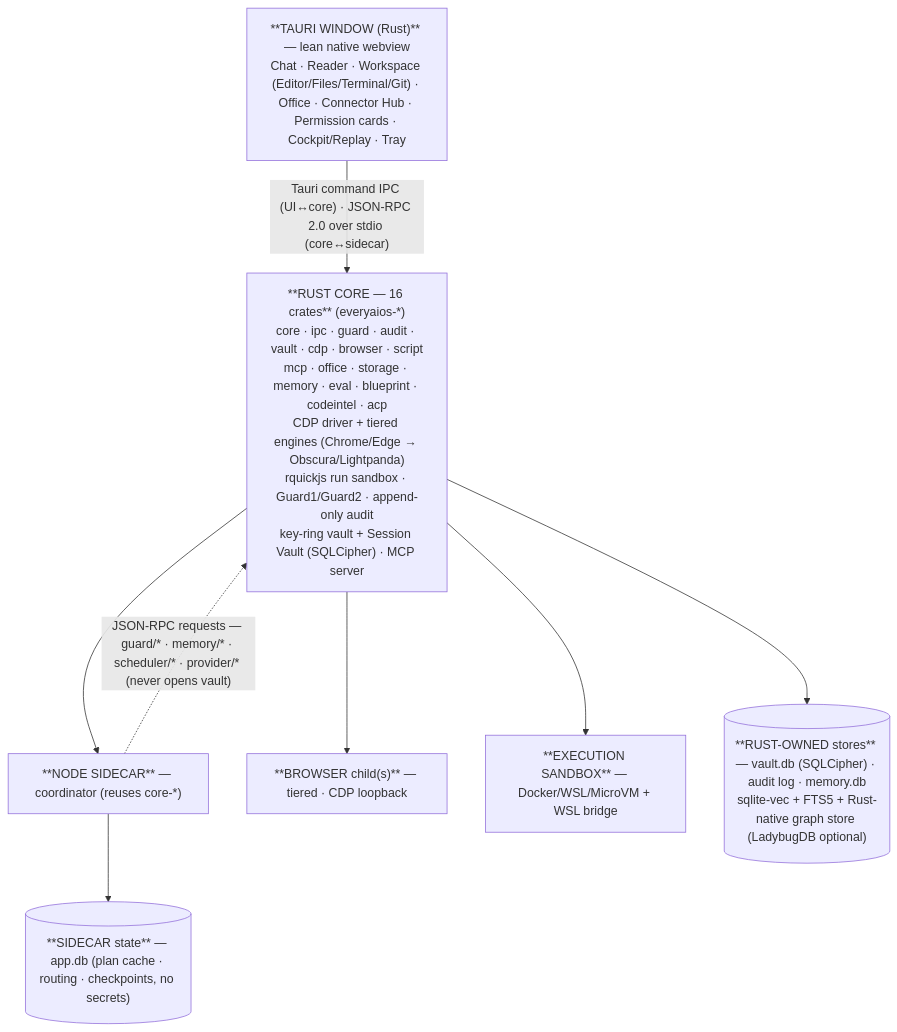
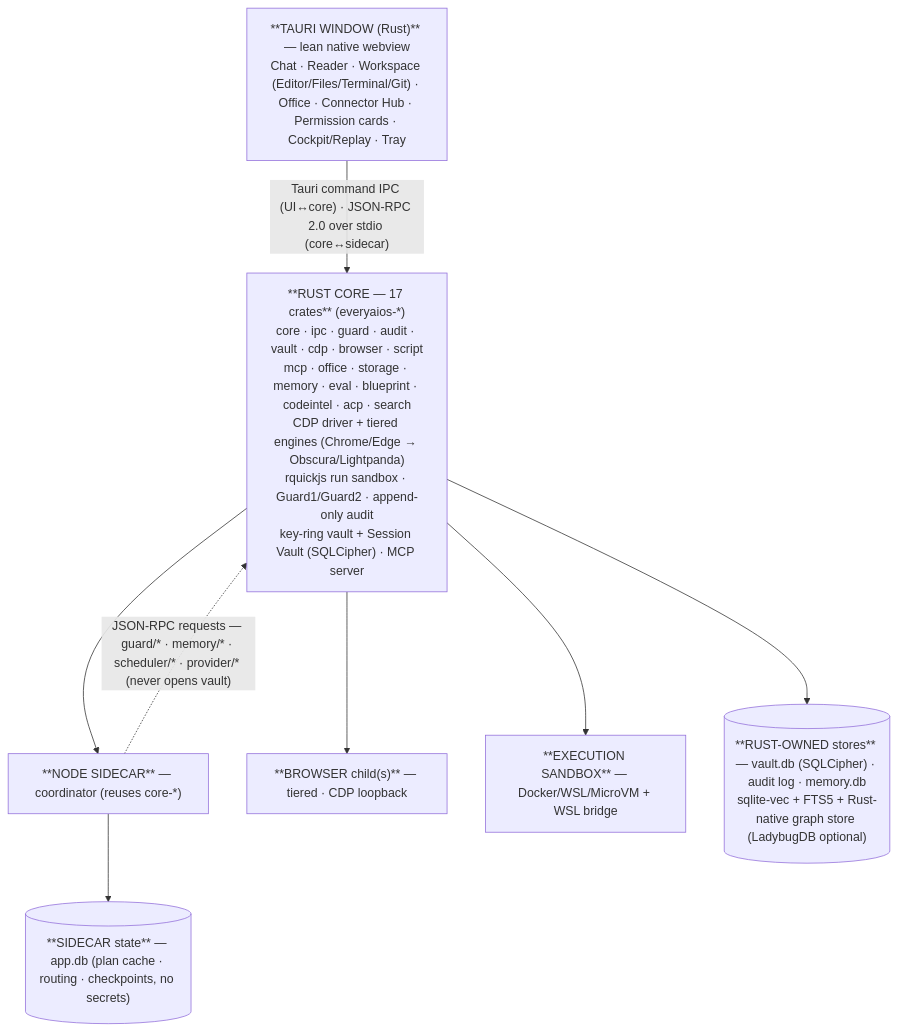
One commit to sarv-projects/EveryAIOS changed the first of 9 diagrams in DESKTOP-APP-SPEC.md. Above: the diagram before and after it, drawn with Mermaid. The commit also changed other lines of this file and 8 other files, not shown here.

````diff
--- a/DESKTOP-APP-SPEC.md
+++ b/DESKTOP-APP-SPEC.md
@@ -437,17 +462,17 @@
 ```mermaid
 flowchart TD
     UI["**TAURI WINDOW (Rust)** — lean native webview<br/>Chat · Reader · Workspace (Editor/Files/Terminal/Git) · Office · Connector Hub · Permission cards · Cockpit/Replay · Tray"]
-    CORE["**RUST CORE — 16 crates** (everyaios-*)<br/>core · ipc · guard · audit · vault · cdp · browser · script<br/>mcp · office · storage · memory · eval · blueprint · codeintel · acp<br/>CDP driver + tiered engines (Chrome/Edge → Obscura/Lightpanda)<br/>rquickjs run sandbox · Guard1/Guard2 · append-only audit<br/>key-ring vault + Session Vault (SQLCipher) · MCP server"]
+    CORE["**RUST CORE — 17 crates** (everyaios-*)<br/>core · ipc · guard · audit · vault · cdp · browser · script<br/>mcp · office · storage · memory · eval · blueprint · codeintel · acp · search<br/>CDP driver + tiered engines (Chrome/Edge → Obscura/Lightpanda)<br/>rquickjs run sandbox · Guard1/Guard2 · append-only audit<br/>key-ring vault + Session Vault (SQLCipher) · MCP server"]
     SIDE["**NODE SIDECAR** — coordinator (reuses core-*)"]
     BROWSER["**BROWSER child(s)** — tiered · CDP loopback"]
     SANDBOX["**EXECUTION SANDBOX** — Docker/WSL/MicroVM + WSL bridge"]
     DB[("**RUST-OWNED stores** — vault.db (SQLCipher) · audit log · memory.db<br/>sqlite-vec + FTS5 + Rust-native graph store (LadybugDB optional)")]
     APPDB[("**SIDECAR state** — app.db (plan cache · routing · checkpoints, no secrets)")]
     UI -->|"Tauri command IPC (UI↔core) · JSON-RPC 2.0 over stdio (core↔sidecar)"| CORE
     CORE --> SIDE
     CORE --> BROWSER
     CORE --> SANDBOX
     CORE --> DB
     SIDE --> APPDB
     SIDE -.->|"JSON-RPC requests — guard/* · memory/* · scheduler/* · provider/* (never opens vault)"| CORE
 ```
````
